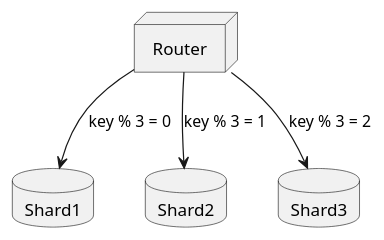
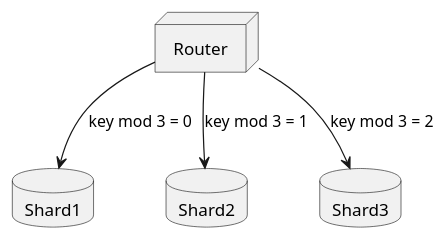
One commit to iwizy/analyst_kb changed the diagram in docs/database/scaling/sharding.md. Above: the diagram before and after it, drawn with PlantUML. The commit also changed 42 other files, not shown here.

````diff
--- a/docs/database/scaling/sharding.md
+++ b/docs/database/scaling/sharding.md
@@ -26,12 +26,12 @@
-```plantuml
+```kroki-plantuml
 @startuml
 node Router
 database Shard1
 database Shard2
 database Shard3
 
-Router --> Shard1 : key % 3 = 0
-Router --> Shard2 : key % 3 = 1
-Router --> Shard3 : key % 3 = 2
+Router --> Shard1 : key mod 3 = 0
+Router --> Shard2 : key mod 3 = 1
+Router --> Shard3 : key mod 3 = 2
 @enduml
 ```
````
